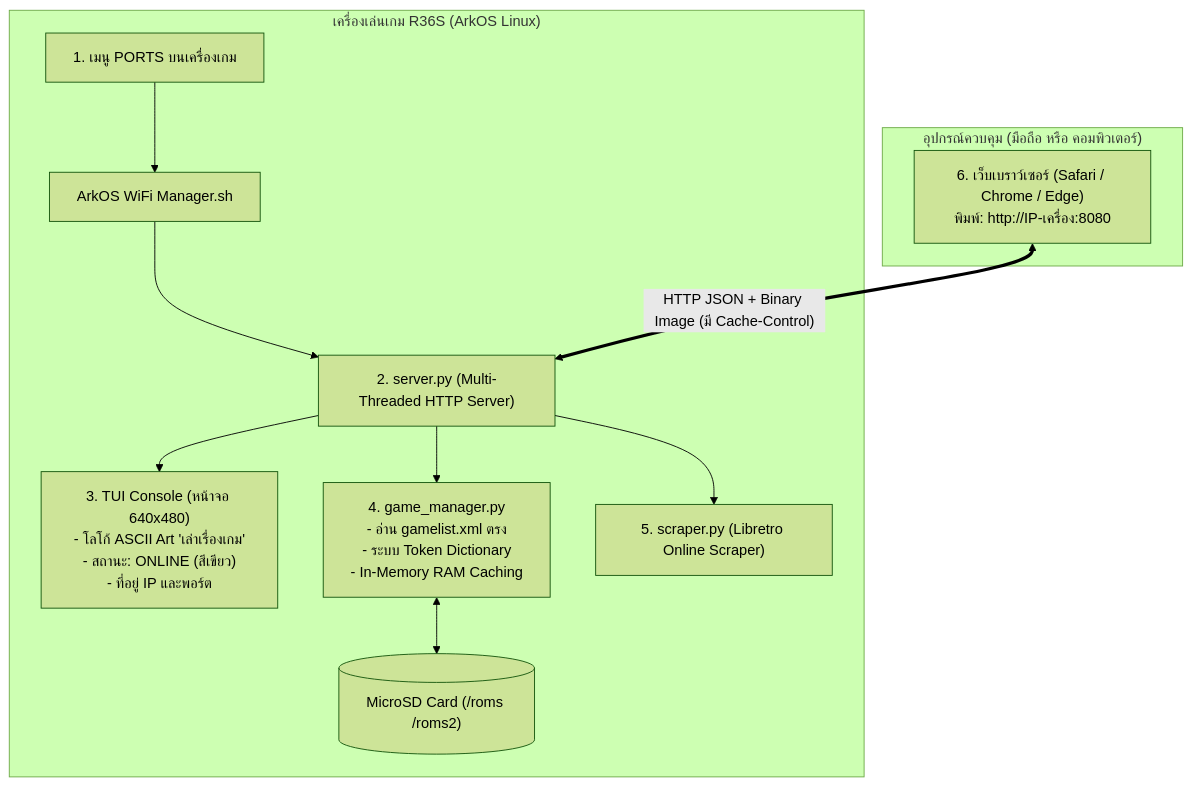
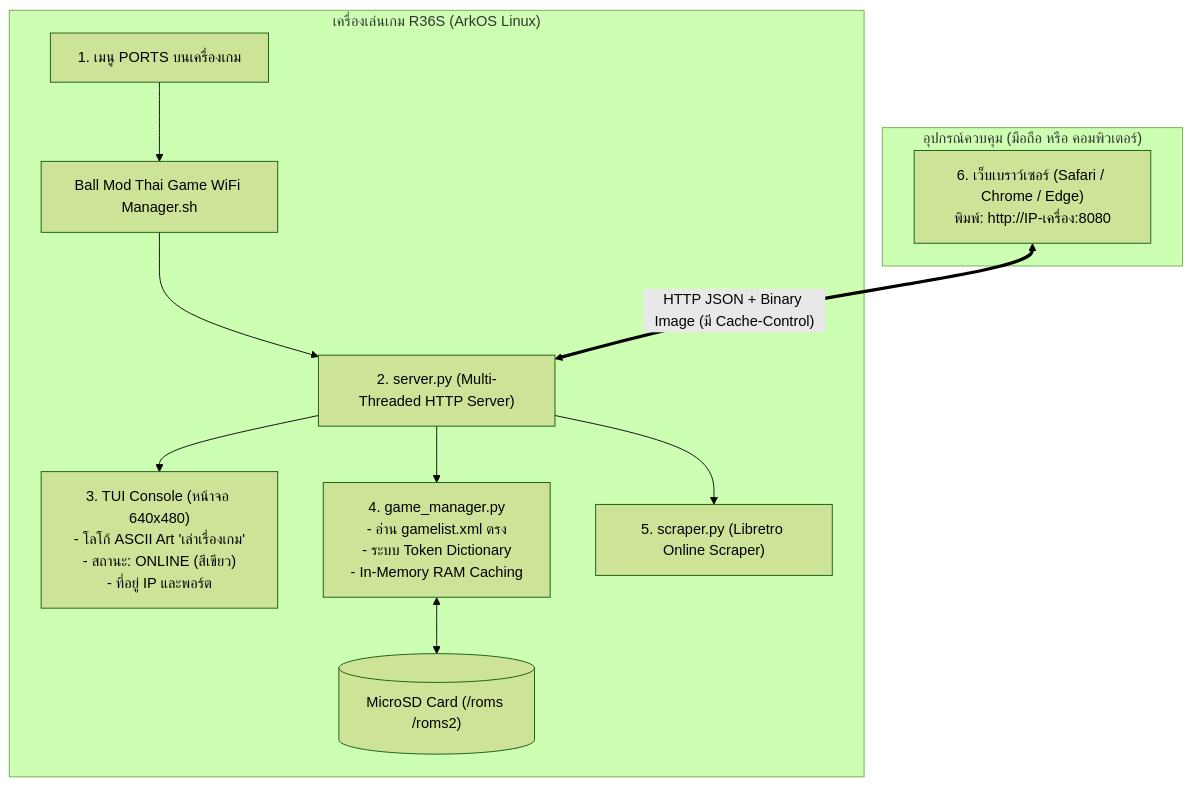
Before and after one commit to apisitzero/RetroGame-SDCard-Manager-WiFi: the diagram in README.md, drawn with Mermaid (forest theme). The commit also changed other lines of this file and 6 other files, not shown here.

Commit message:
feat: Rename launcher script to 'Ball Mod Thai Game WiFi Manager.sh' in repository and release zip

````diff
--- a/README.md
+++ b/README.md
@@ -37,28 +37,28 @@
 ```mermaid
 flowchart TD
     subgraph R36S["เครื่องเล่นเกม R36S (ArkOS Linux)"]
-        Ports["1. เมนู PORTS บนเครื่องเกม"] --> Shell["ArkOS WiFi Manager.sh"]
+        Ports["1. เมนู PORTS บนเครื่องเกม"] --> Shell["Ball Mod Thai Game WiFi Manager.sh"]
         Shell --> PyServer["2. server.py (Multi-Threaded HTTP Server)"]
         
         PyServer --> TUI["3. TUI Console (หน้าจอ 640x480)
 - โลโก้ ASCII Art 'เล่าเรื่องเกม'
 - สถานะ: ONLINE (สีเขียว)
 - ที่อยู่ IP และพอร์ต"]
         
         PyServer --> GM["4. game_manager.py
 - อ่าน gamelist.xml ตรง
 - ระบบ Token Dictionary
 - In-Memory RAM Caching"]
         
         PyServer --> Scraper["5. scraper.py (Libretro Online Scraper)"]
         
         GM <--> SDCard[("MicroSD Card (/roms /roms2)")]
     end
 
     subgraph Client["อุปกรณ์ควบคุม (มือถือ หรือ คอมพิวเตอร์)"]
         Browser["6. เว็บเบราว์เซอร์ (Safari / Chrome / Edge)
 พิมพ์: http://IP-เครื่อง:8080"]
     end
 
     Browser <== "HTTP JSON + Binary Image (มี Cache-Control)" ==> PyServer
 ```
````
